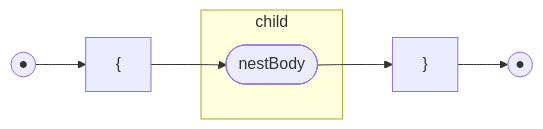
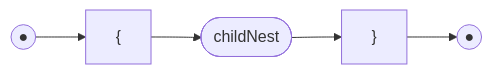
The second of 59 diagrams in docs/railroad.md (billhails/CEKF), drawn with Mermaid before and after one commit. The commit also changed other lines of this file and 1 other file, not shown here.

````diff
--- a/docs/railroad.md
+++ b/docs/railroad.md
@@ -7,11 +18,9 @@
 ```mermaid
 flowchart LR
 s(("●"))
 e(("●"))
 open["{"]
-subgraph child
-    nestBody([nestBody])
-end
+childNest([childNest])
 close["}"]
-s --> open --> nestBody --> close --> e
+s --> open --> childNest --> close --> e
 ```
````
